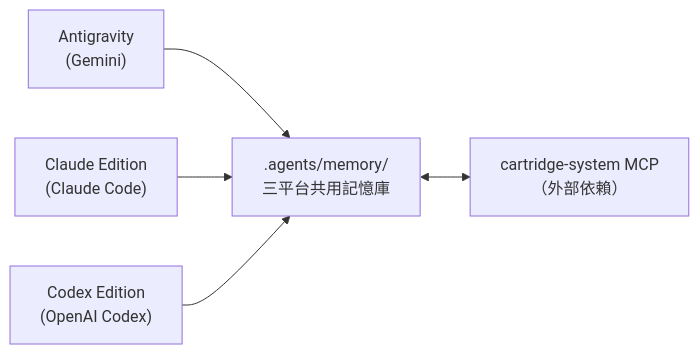
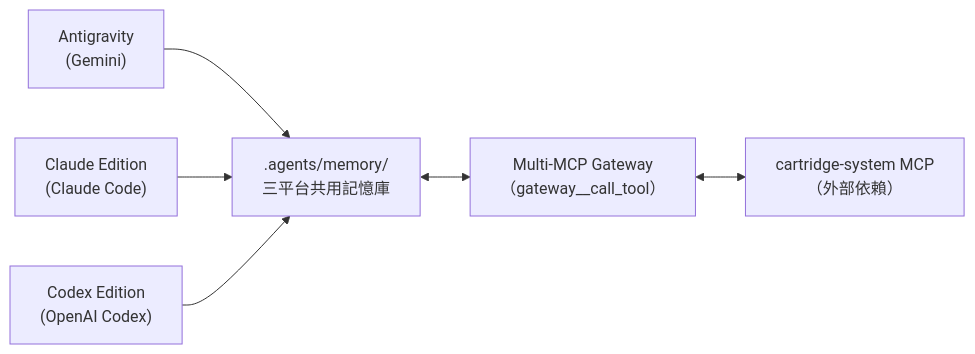
Before and after one commit to Kunshao1117/AI_Rules: the second of 3 diagrams in README.md, drawn with Mermaid. The commit also changed other lines of this file and 19 other files, not shown here.

````diff
--- a/README.md
+++ b/README.md
@@ -212,7 +213,8 @@
 ```mermaid
 graph LR
     AG["Antigravity\n(Gemini)"]          --> MEM
     CL["Claude Edition\n(Claude Code)"]  --> MEM
     CX["Codex Edition\n(OpenAI Codex)"]  --> MEM
-    MEM[".agents/memory/\n三平台共用記憶庫"] <--> CS["cartridge-system MCP\n（外部依賴）"]
+    MEM[".agents/memory/\n三平台共用記憶庫"] <--> GW["Multi-MCP Gateway\n（gateway__call_tool）"]
+    GW <--> CS["cartridge-system MCP\n（外部依賴）"]
 ```
````
